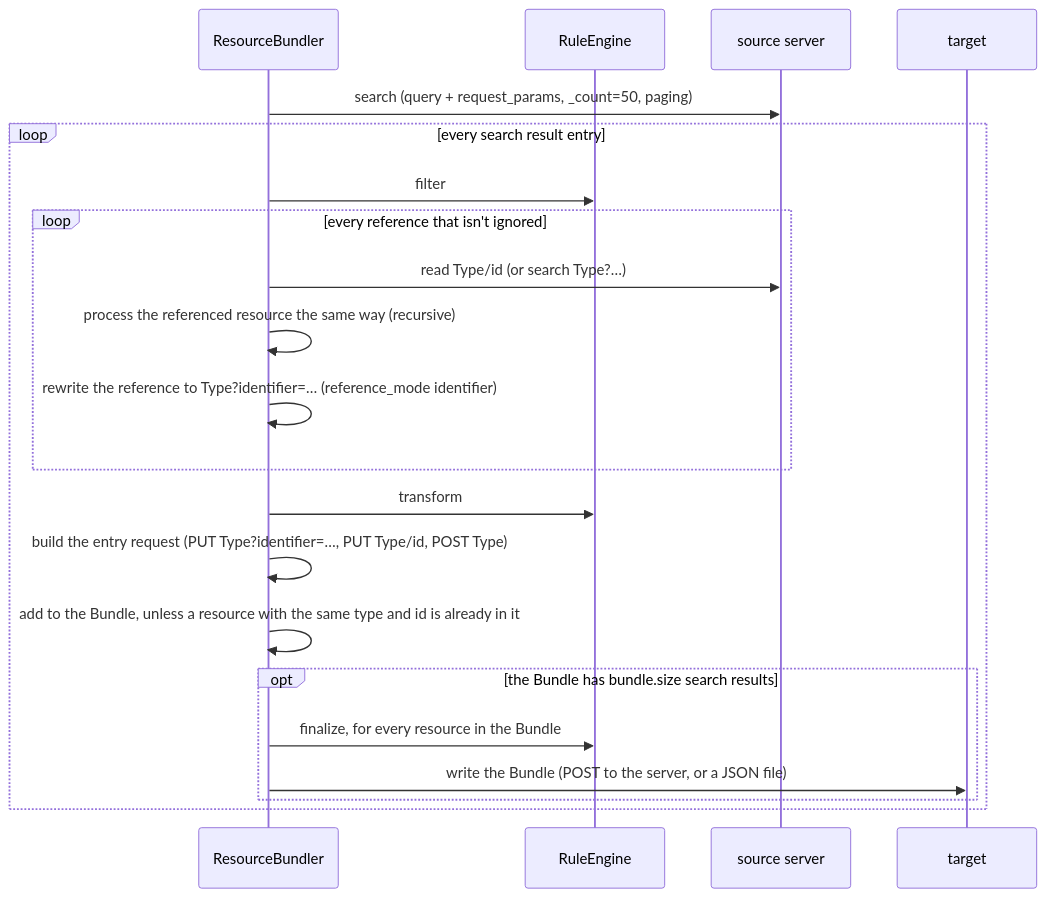
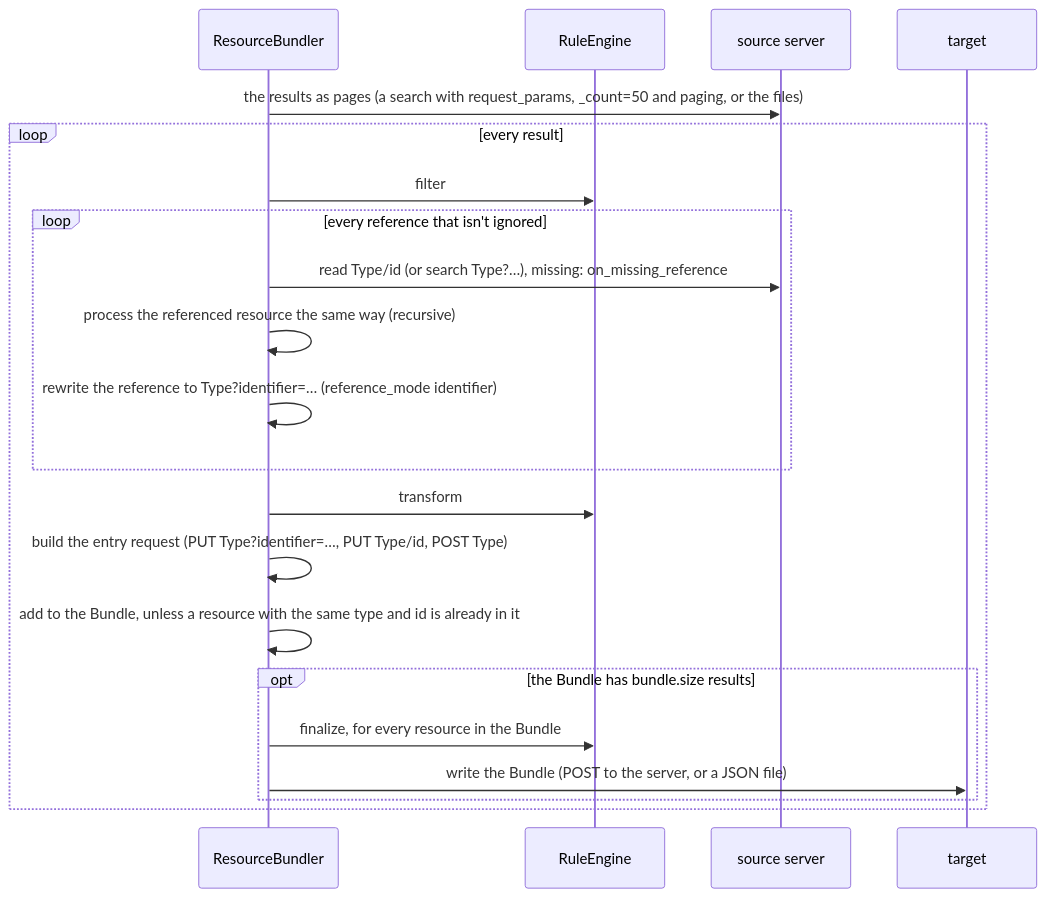
Before and after one commit to haemka/fhirsync: the third of 3 diagrams in ARCHITECTURE.md, drawn with Mermaid. The commit also changed other lines of this file and 22 other files, not shown here.

````diff
--- a/ARCHITECTURE.md
+++ b/ARCHITECTURE.md
@@ -99,24 +113,24 @@
 ```mermaid
 sequenceDiagram
     participant B as ResourceBundler
     participant R as RuleEngine
     participant S as source server
     participant T as target
 
-    B->>S: search (query + request_params, _count=50, paging)
-    loop every search result entry
+    B->>S: the results as pages (a search with request_params, _count=50 and paging, or the files)
+    loop every result
         B->>R: filter
         loop every reference that isn't ignored
-            B->>S: read Type/id (or search Type?…)
+            B->>S: read Type/id (or search Type?…), missing: on_missing_reference
             B->>B: process the referenced resource the same way (recursive)
             B->>B: rewrite the reference to Type?identifier=… (reference_mode identifier)
         end
         B->>R: transform
         B->>B: build the entry request (PUT Type?identifier=…, PUT Type/id, POST Type)
         B->>B: add to the Bundle, unless a resource with the same type and id is already in it
-        opt the Bundle has bundle.size search results
+        opt the Bundle has bundle.size results
             B->>R: finalize, for every resource in the Bundle
             B->>T: write the Bundle (POST to the server, or a JSON file)
         end
     end
 ```
````
